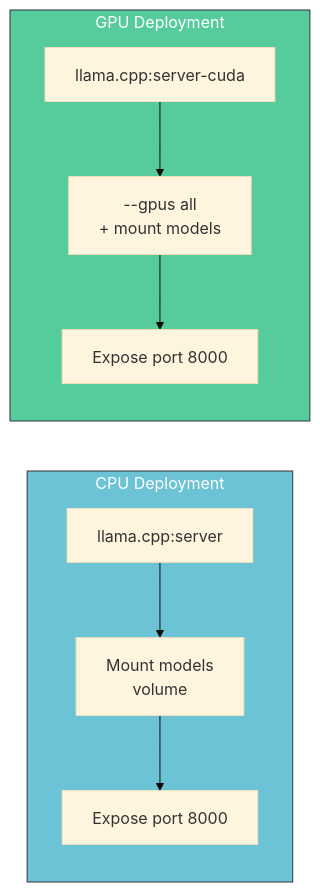
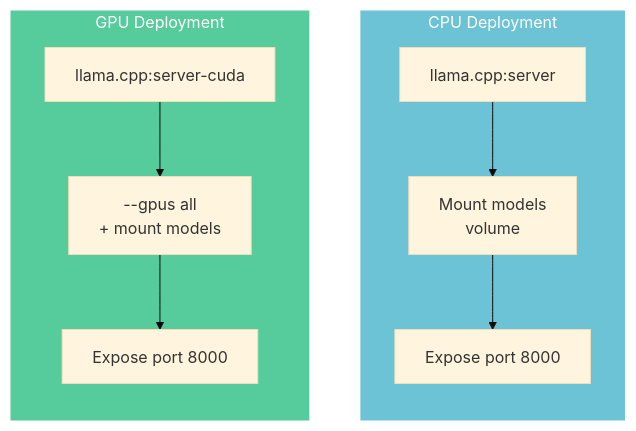
The sixth of 6 diagrams in posts/llm/Deploying-and-Serving-LLM-with-Llama.cpp.qmd (tanquangduong/tanquangduong.github.io), drawn with Mermaid (base theme) before and after one commit. The commit also changed 9 other files, not shown here.

````diff
--- a/posts/llm/Deploying-and-Serving-LLM-with-Llama.cpp.qmd
+++ b/posts/llm/Deploying-and-Serving-LLM-with-Llama.cpp.qmd
@@ -569,14 +569,16 @@
 ```{mermaid}
-graph LR
+graph TD
     subgraph cpu["CPU Deployment"]
+        direction TB
         A1["llama.cpp:server"] --> B1["Mount models<br/>volume"]
         B1 --> C1["Expose port 8000"]
     end
     subgraph gpu["GPU Deployment"]
+        direction TB
         A2["llama.cpp:server-cuda"] --> B2["--gpus all<br/>+ mount models"]
         B2 --> C2["Expose port 8000"]
     end
 
-    style cpu fill:#6cc3d5,stroke:#333,color:#fff
-    style gpu fill:#56cc9d,stroke:#333,color:#fff
+    style cpu fill:#6cc3d5,stroke:#fff,color:#fff
+    style gpu fill:#56cc9d,stroke:#fff,color:#fff
 ```
````
